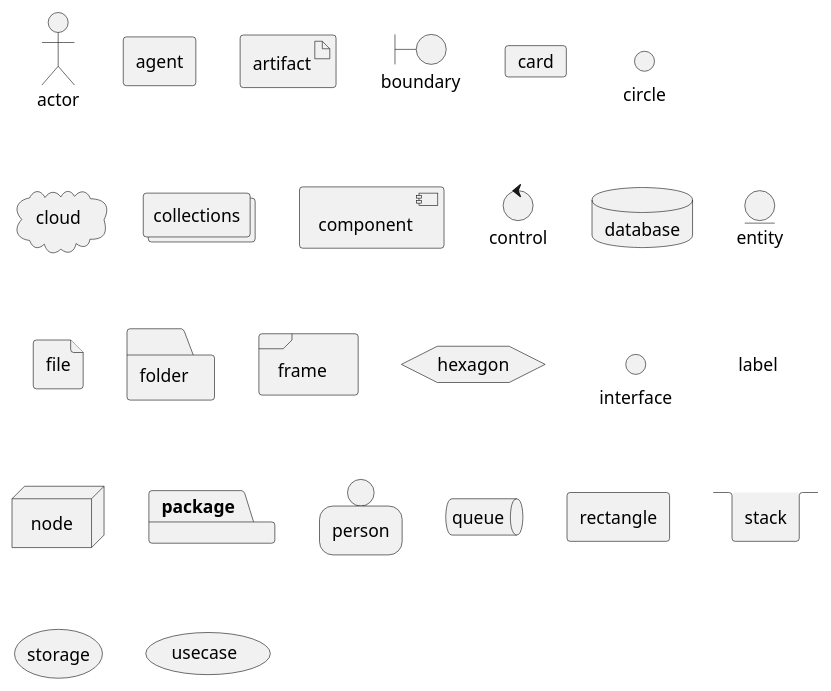
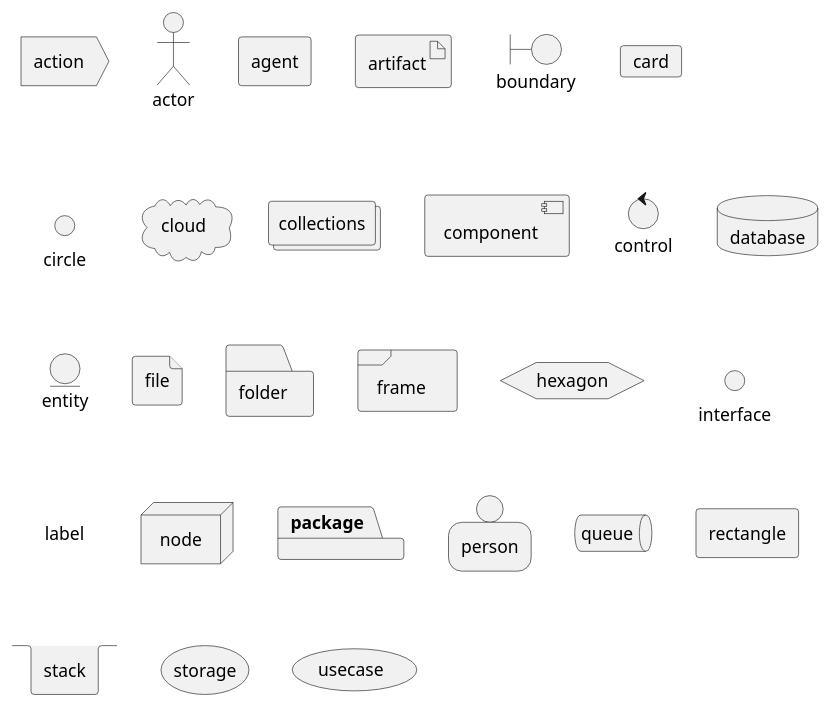
Diagram 12 of 32 in README.md (joelparkerhenderson/plantuml-examples), drawn with PlantUML before and after one commit. The commit also changed other lines of this file and 7 other files, not shown here.

```diff
--- a/README.md
+++ b/README.md
@@ -295,29 +295,30 @@
 @startuml
 skinparam monochrome true
+action action
 actor actor
 agent agent
 artifact artifact
 boundary boundary
 card card
 circle circle
 cloud cloud
 collections collections
 component component
 control control
 database database
 entity entity
 file file
 folder folder
 frame frame
 hexagon hexagon
 interface interface
 label label
 node node
 package package
 person person
 queue queue
 rectangle rectangle
 stack stack
 storage storage
 usecase usecase
 @enduml
```
